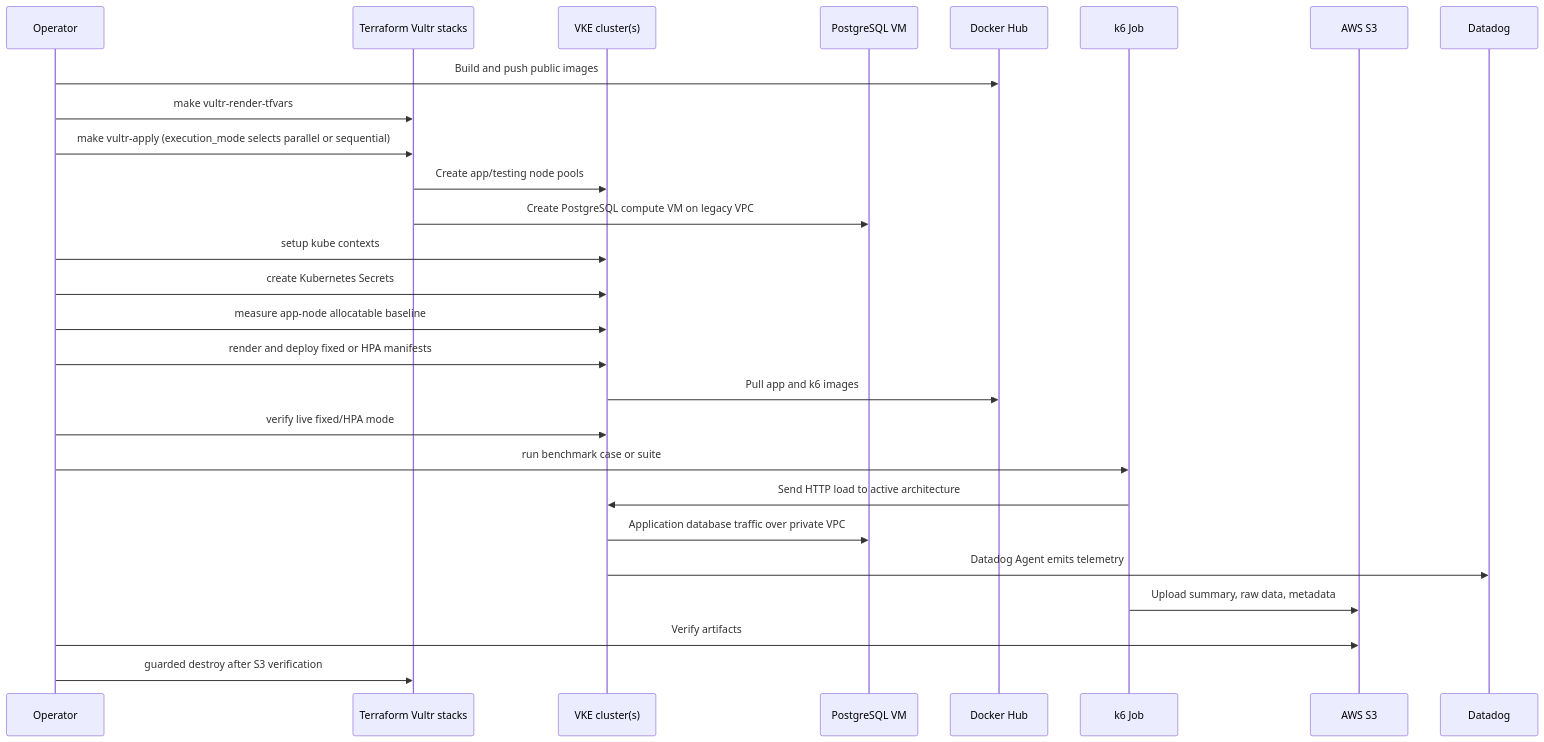
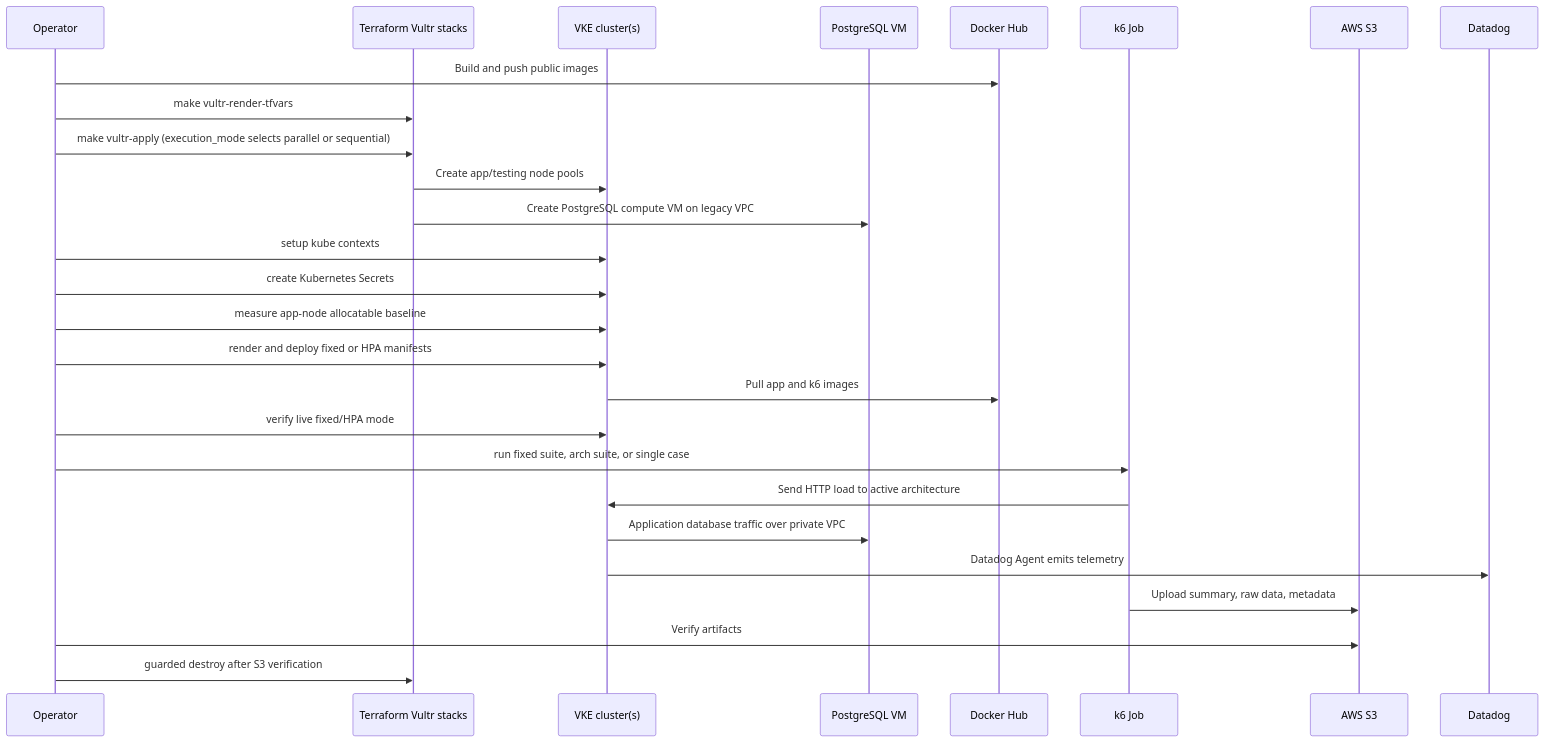
The third of 3 diagrams in docs/diagrams/vultr-vke-topology.md (Ahmad-mufied/monolith-vs-microservice-thesis), drawn with Mermaid before and after one commit. The commit also changed 43 other files, not shown here.

````diff
--- a/docs/diagrams/vultr-vke-topology.md
+++ b/docs/diagrams/vultr-vke-topology.md
@@ -110,30 +110,30 @@
 ```mermaid
 sequenceDiagram
   participant Op as Operator
   participant TF as Terraform Vultr stacks
   participant VKE as VKE cluster(s)
   participant PG as PostgreSQL VM
   participant DH as Docker Hub
   participant K6 as k6 Job
   participant S3 as AWS S3
   participant DD as Datadog
 
   Op->>DH: Build and push public images
   Op->>TF: make vultr-render-tfvars
   Op->>TF: make vultr-apply (execution_mode selects parallel or sequential)
   TF->>VKE: Create app/testing node pools
   TF->>PG: Create PostgreSQL compute VM on legacy VPC
   Op->>VKE: setup kube contexts
   Op->>VKE: create Kubernetes Secrets
   Op->>VKE: measure app-node allocatable baseline
   Op->>VKE: render and deploy fixed or HPA manifests
   VKE->>DH: Pull app and k6 images
   Op->>VKE: verify live fixed/HPA mode
-  Op->>K6: run benchmark case or suite
+  Op->>K6: run fixed suite, arch suite, or single case
   K6->>VKE: Send HTTP load to active architecture
   VKE->>PG: Application database traffic over private VPC
   VKE->>DD: Datadog Agent emits telemetry
   K6->>S3: Upload summary, raw data, metadata
   Op->>S3: Verify artifacts
   Op->>TF: guarded destroy after S3 verification
 ```
````
